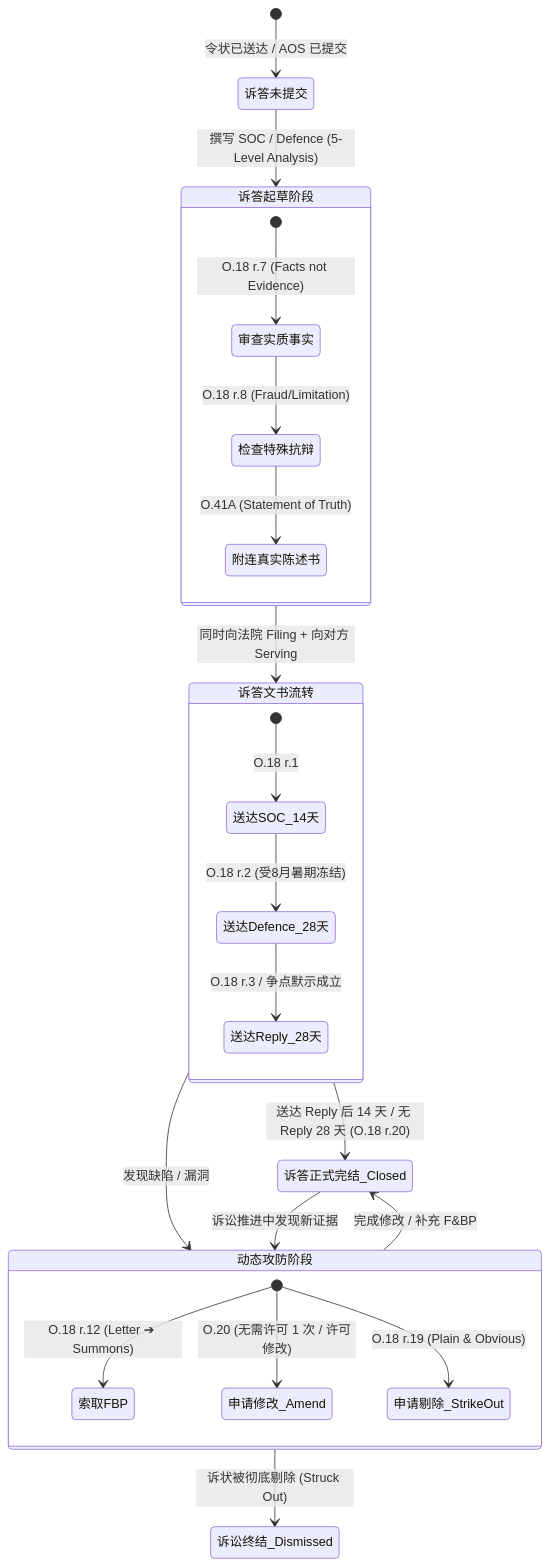
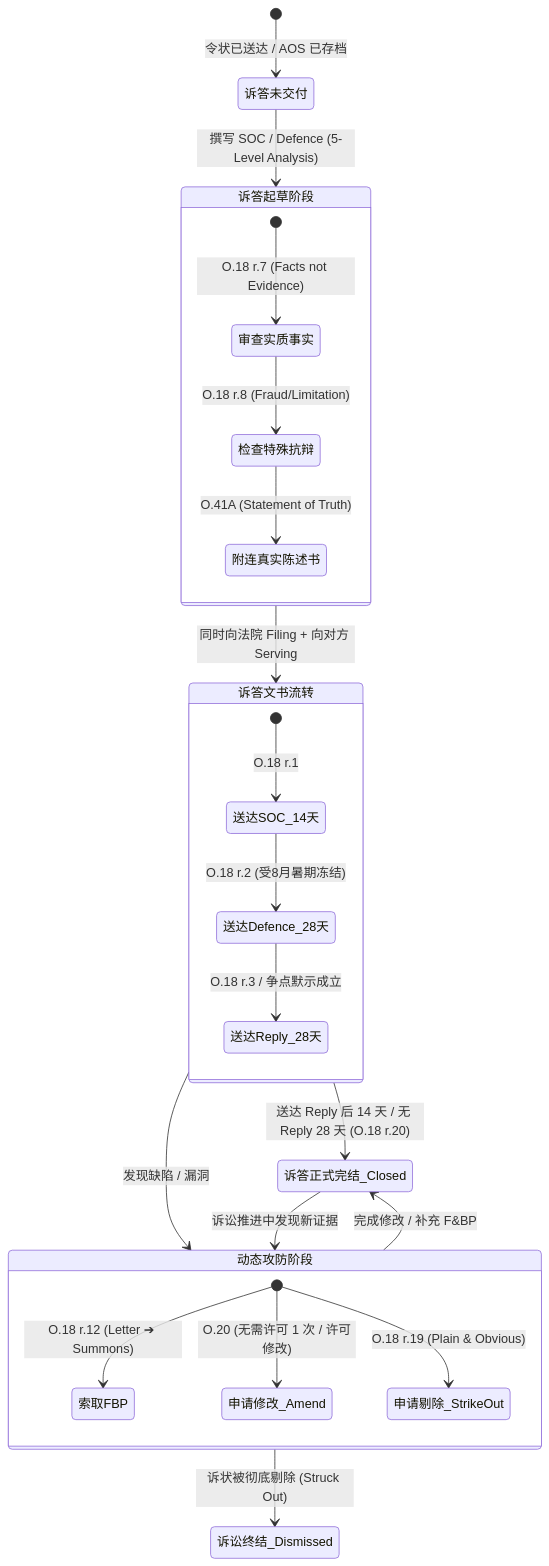
One commit to mixxmax/pcll-litigation-cards changed the third of 11 diagrams in src/content/docs/institutions/co04-05-10-pleadings.md. Above: the diagram before and after it, drawn with Mermaid. The commit also changed other lines of this file and 5 other files, not shown here.

````diff
--- a/src/content/docs/institutions/co04-05-10-pleadings.md
+++ b/src/content/docs/institutions/co04-05-10-pleadings.md
@@ -282,34 +283,34 @@
 ```mermaid
 stateDiagram-v2
-    [*] --> 诉答未提交 : 令状已送达 / AOS 已提交
+    [*] --> 诉答未交付 : 令状已送达 / AOS 已存档
     
-    诉答未提交 --> 诉答起草阶段 : 撰写 SOC / Defence (5-Level Analysis)
+    诉答未交付 --> 诉答起草阶段 : 撰写 SOC / Defence (5-Level Analysis)
     
     state 诉答起草阶段 {
         [*] --> 审查实质事实 : O.18 r.7 (Facts not Evidence)
         审查实质事实 --> 检查特殊抗辩 : O.18 r.8 (Fraud/Limitation)
         检查特殊抗辩 --> 附连真实陈述书 : O.41A (Statement of Truth)
     }
     
     诉答起草阶段 --> 诉答文书流转 : 同时向法院 Filing + 向对方 Serving
     
     state 诉答文书流转 {
         [*] --> 送达SOC_14天 : O.18 r.1
         送达SOC_14天 --> 送达Defence_28天 : O.18 r.2 (受8月暑期冻结)
         送达Defence_28天 --> 送达Reply_28天 : O.18 r.3 / 争点默示成立
     }
     
     诉答文书流转 --> 诉答正式完结_Closed : 送达 Reply 后 14 天 / 无 Reply 28 天 (O.18 r.20)
     
     诉答文书流转 --> 动态攻防阶段 : 发现缺陷 / 漏洞
     诉答正式完结_Closed --> 动态攻防阶段 : 诉讼推进中发现新证据
     
     state 动态攻防阶段 {
         [*] --> 索取FBP : O.18 r.12 (Letter ➔ Summons)
         [*] --> 申请修改_Amend : O.20 (无需许可 1 次 / 许可修改)
         [*] --> 申请剔除_StrikeOut : O.18 r.19 (Plain & Obvious)
     }
     
     动态攻防阶段 --> 诉答正式完结_Closed : 完成修改 / 补充 F&BP
     动态攻防阶段 --> 诉讼终结_Dismissed : 诉状被彻底剔除 (Struck Out)
 ```
````
